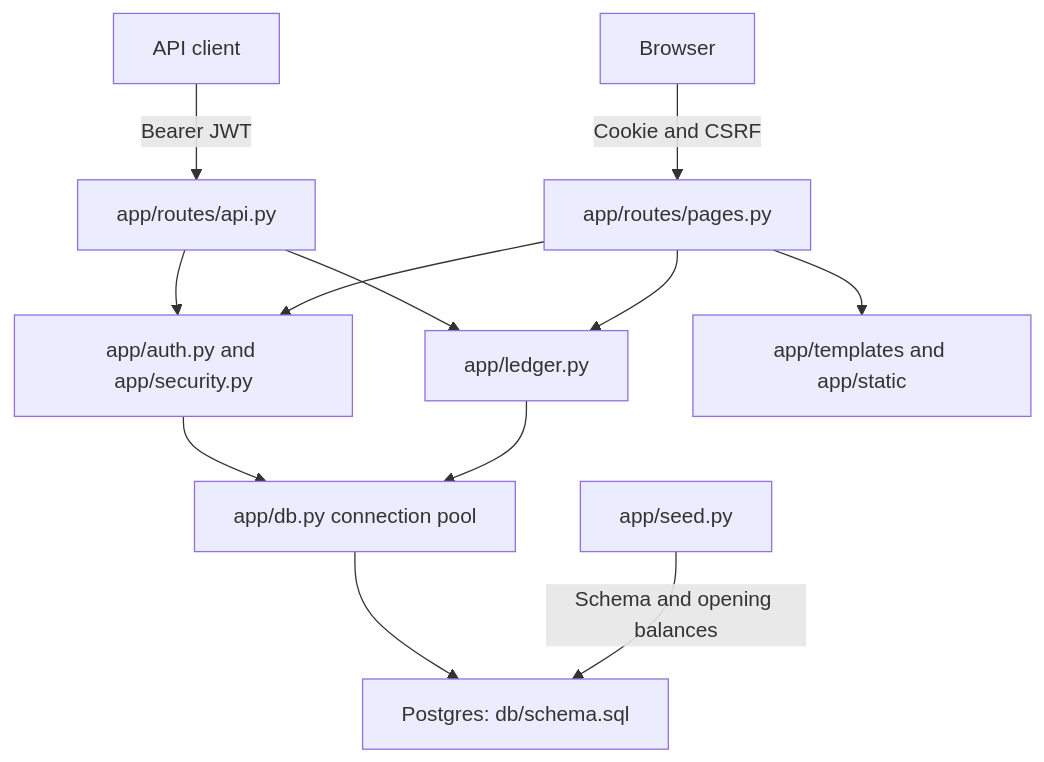
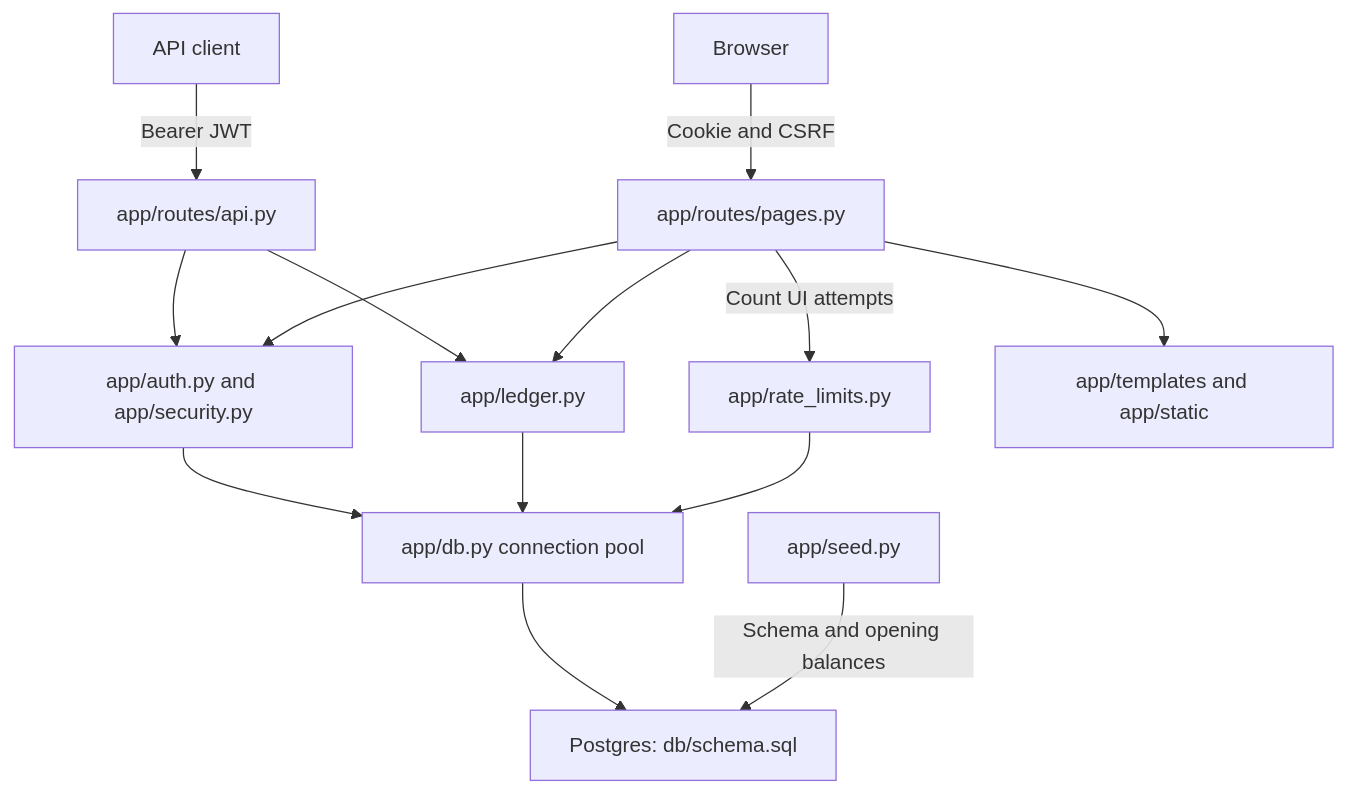
The diagram in droid-wiki/overview/architecture.md (ptfeya/ledgerlite), drawn with Mermaid before and after one commit. The commit also changed other lines of this file and 20 other files, not shown here.

````diff
--- a/droid-wiki/overview/architecture.md
+++ b/droid-wiki/overview/architecture.md
@@ -7,14 +7,16 @@
 ```mermaid
 graph TD
     Client["API client"] -->|Bearer JWT| API["app/routes/api.py"]
     Browser["Browser"] -->|Cookie and CSRF| Pages["app/routes/pages.py"]
     API --> Auth["app/auth.py and app/security.py"]
     Pages --> Auth
     API --> Ledger["app/ledger.py"]
     Pages --> Ledger
+    Pages -->|Count UI attempts| Limits["app/rate_limits.py"]
     Pages --> Templates["app/templates and app/static"]
     Auth --> Pool["app/db.py connection pool"]
     Ledger --> Pool
+    Limits --> Pool
     Pool --> DB["Postgres: db/schema.sql"]
     Seed["app/seed.py"] -->|Schema and opening balances| DB
 ```
````
